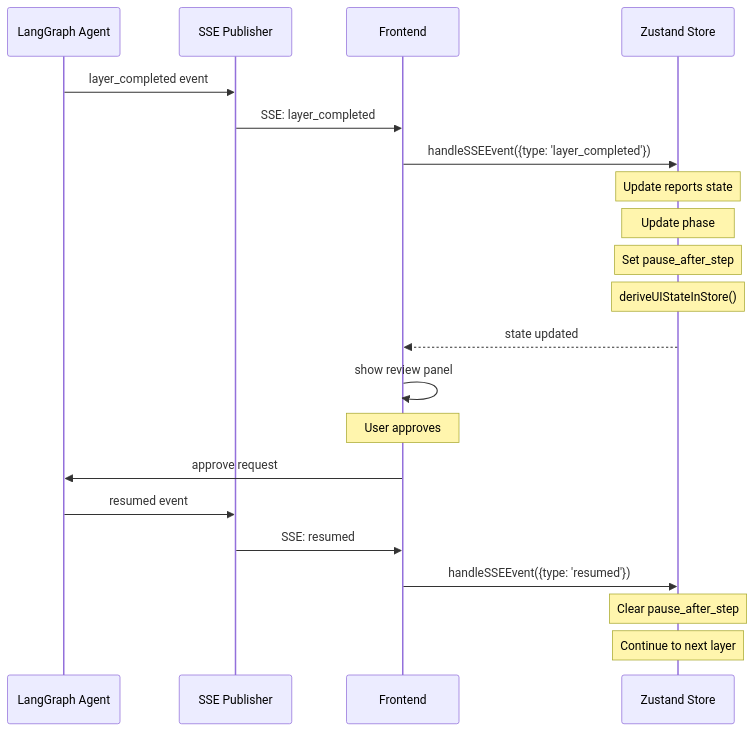
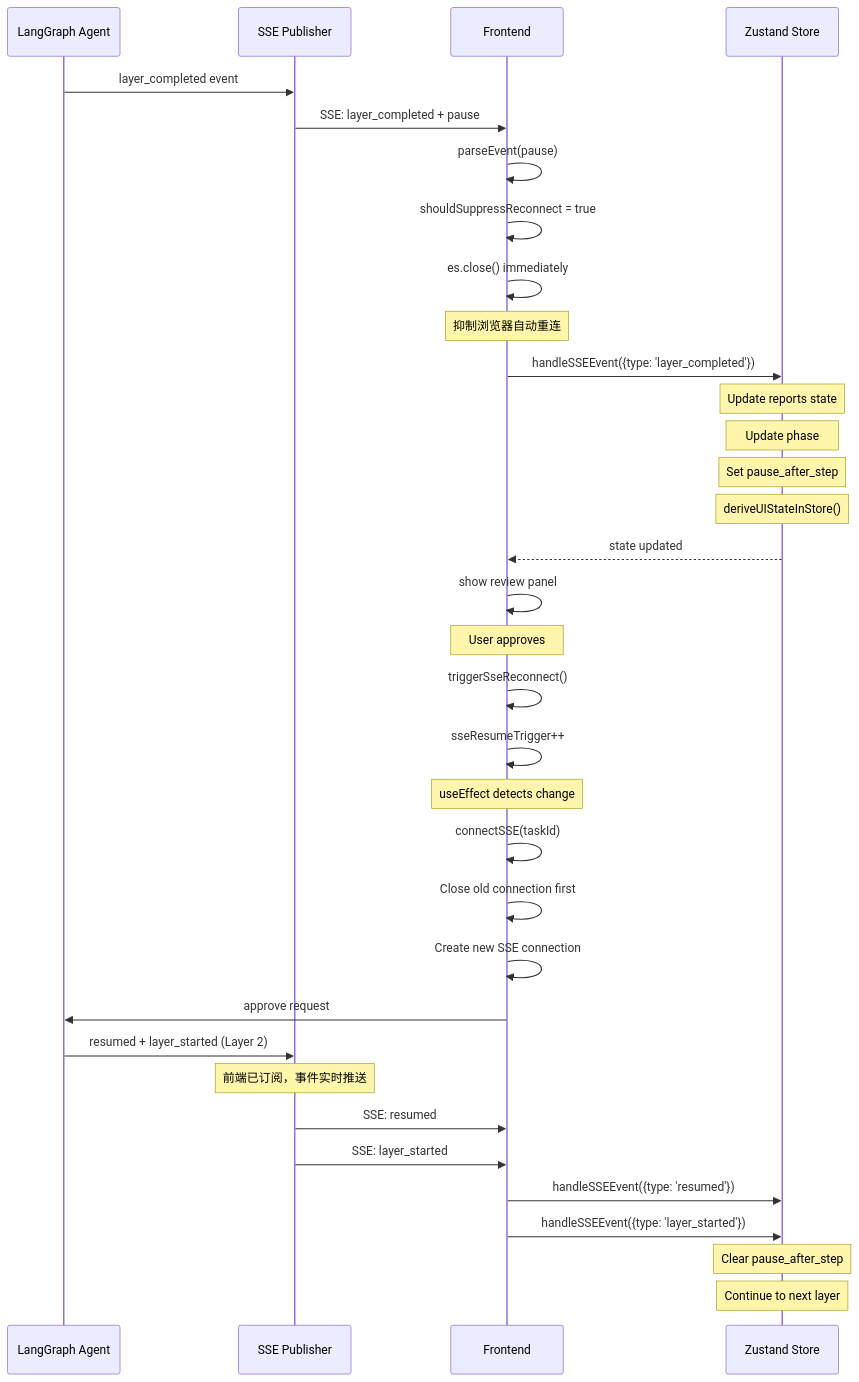
Before and after one commit to hanyi690/Village_Planning_Agent: the second of 2 diagrams in docs/architecture/frontend-state-dataflow.md, drawn with Mermaid. The commit also changed other lines of this file and 46 other files, not shown here.

First line of the commit message:
refactor(gis): MapLibre重构 + 属性注入修复 + 底图优化

````diff
--- a/docs/architecture/frontend-state-dataflow.md
+++ b/docs/architecture/frontend-state-dataflow.md
@@ -492,30 +546,47 @@
 ```mermaid
 sequenceDiagram
     participant Agent as LangGraph Agent
     participant SSE as SSE Publisher
     participant Frontend as Frontend
     participant Store as Zustand Store
 
     Agent->>SSE: layer_completed event
-    SSE->>Frontend: SSE: layer_completed
+    SSE->>Frontend: SSE: layer_completed + pause
+
+    Frontend->>Frontend: parseEvent(pause)
+    Frontend->>Frontend: shouldSuppressReconnect = true
+    Frontend->>Frontend: es.close() immediately
+    Note over Frontend: 抑制浏览器自动重连
 
     Frontend->>Store: handleSSEEvent({type: 'layer_completed'})
 
     Note over Store: Update reports state
     Note over Store: Update phase
     Note over Store: Set pause_after_step
     Note over Store: deriveUIStateInStore()
 
     Store-->>Frontend: state updated
     Frontend->>Frontend: show review panel
 
     Note over Frontend: User approves
 
+    Frontend->>Frontend: triggerSseReconnect()
+    Frontend->>Frontend: sseResumeTrigger++
+
+    Note over Frontend: useEffect detects change
+    Frontend->>Frontend: connectSSE(taskId)
+    Frontend->>Frontend: Close old connection first
+    Frontend->>Frontend: Create new SSE connection
+
     Frontend->>Agent: approve request
-    Agent->>SSE: resumed event
+    Agent->>SSE: resumed + layer_started (Layer 2)
+    Note over SSE: 前端已订阅，事件实时推送
+
     SSE->>Frontend: SSE: resumed
+    SSE->>Frontend: SSE: layer_started
     Frontend->>Store: handleSSEEvent({type: 'resumed'})
+    Frontend->>Store: handleSSEEvent({type: 'layer_started'})
 
     Note over Store: Clear pause_after_step
     Note over Store: Continue to next layer
 ```
````
